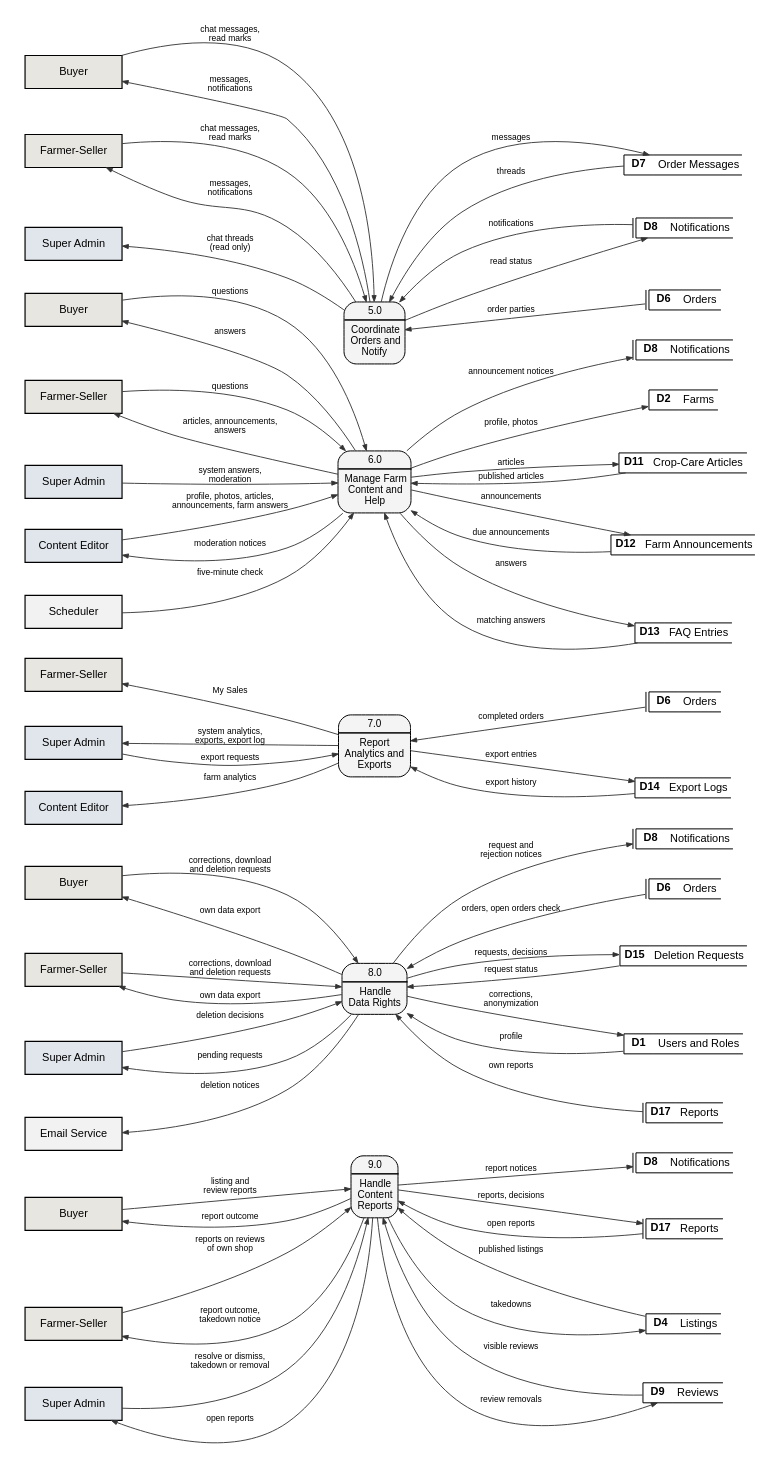
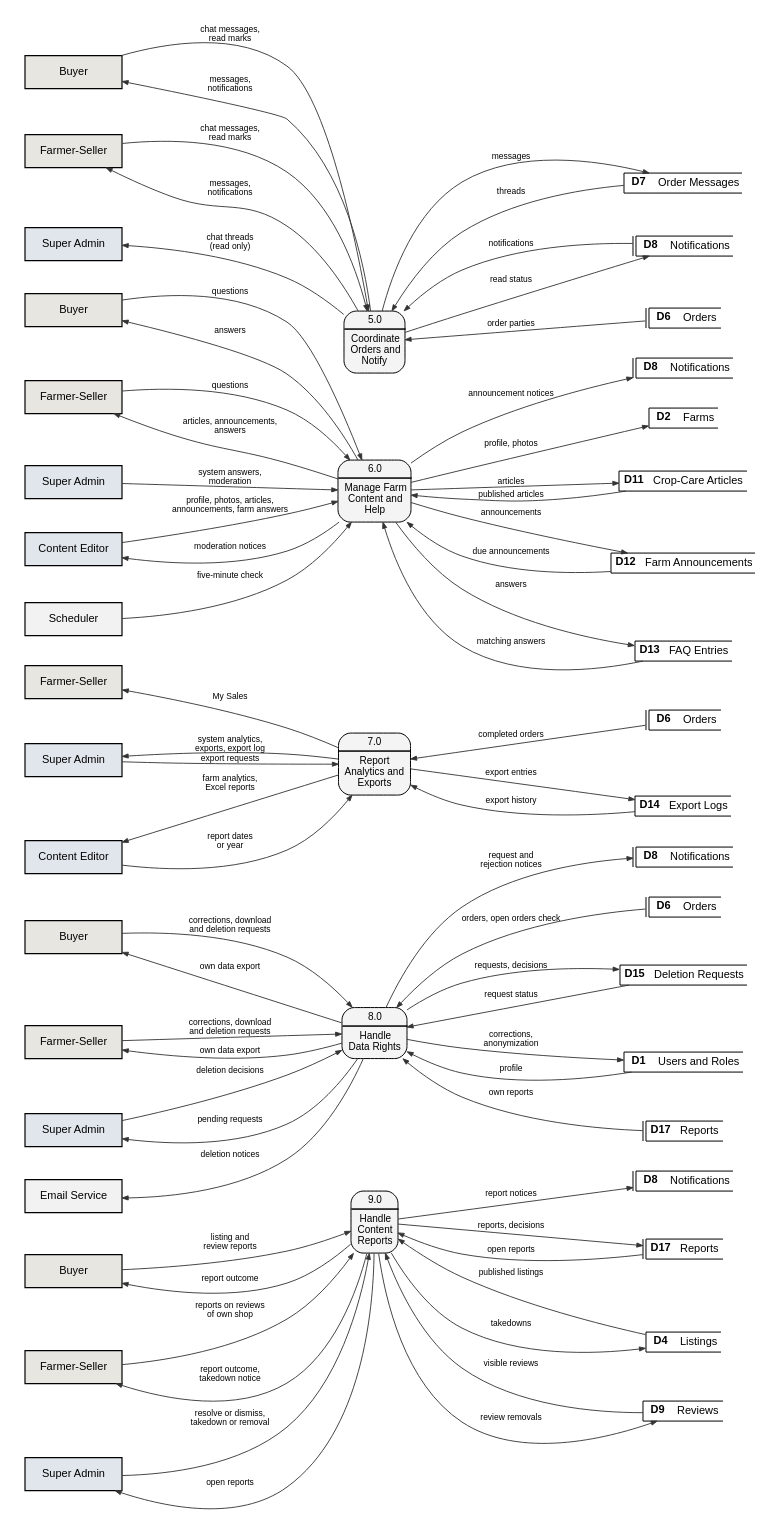
The diagram in docs/manuscript/figures/src/fig6_1b_dfd_level1.dot (shawncastaneda11-commits/anihow-backend), drawn with Graphviz before and after one commit. The commit also changed 16 other files, not shown here.

First line of the commit message:
Show the Content Editor's Excel reports in the manuscript figures

```diff
--- a/docs/manuscript/figures/src/fig6_1b_dfd_level1.dot
+++ b/docs/manuscript/figures/src/fig6_1b_dfd_level1.dot
@@ -1,115 +1,116 @@
 // Data flow diagram, level 1 (processes 5.0 to 9.0).
 digraph G {
   graph [rankdir=LR, nodesep=0.42, ranksep=1.4, pad=0.25, fontname="Liberation Sans", newrank=true, splines=spline, concentrate=false];
   node  [fontname="Liberation Sans", fontsize=11];
   edge  [penwidth=0.9, arrowsize=0.6, color="#333333", fontname="Liberation Sans", fontsize=8.5];
   p5 [shape=plaintext, margin=0, width=0, height=0, label=<<TABLE STYLE="ROUNDED" BORDER="1" CELLBORDER="0" CELLSPACING="0" CELLPADDING="3" BGCOLOR="#F4F4F4"><TR><TD><FONT POINT-SIZE="10.5">5.0</FONT></TD></TR><HR/><TR><TD CELLPADDING="5"><FONT POINT-SIZE="10.5">Coordinate<BR/>Orders and<BR/>Notify</FONT></TD></TR></TABLE>>];
   by_p5 [shape=box, style=filled, fillcolor="#E8E6E0", penwidth=1.2, width=1.35, height=0.46, label="Buyer", comment="gsdup"];
   fs_p5 [shape=box, style=filled, fillcolor="#E8E6E0", penwidth=1.2, width=1.35, height=0.46, label="Farmer-Seller", comment="gsdup"];
   sa_p5 [shape=box, style=filled, fillcolor="#E1E6ED", penwidth=1.2, width=1.35, height=0.46, label="Super Admin", comment="gsdup"];
   D7_p5 [shape=plaintext, margin=0, width=0, height=0, label=<<TABLE BORDER="0" CELLBORDER="1" CELLSPACING="0" CELLPADDING="3"><TR><TD SIDES="TBL" WIDTH="30"><B>D7</B></TD><TD SIDES="TB" ALIGN="LEFT">Order Messages</TD></TR></TABLE>>];
   D8_p5 [shape=plaintext, margin=0, width=0, height=0, label=<<TABLE BORDER="0" CELLBORDER="1" CELLSPACING="0" CELLPADDING="3"><TR><TD SIDES="L" WIDTH="3" CELLPADDING="0"></TD><TD SIDES="TBL" WIDTH="30"><B>D8</B></TD><TD SIDES="TB" ALIGN="LEFT">Notifications</TD></TR></TABLE>>];
   D6_p5 [shape=plaintext, margin=0, width=0, height=0, label=<<TABLE BORDER="0" CELLBORDER="1" CELLSPACING="0" CELLPADDING="3"><TR><TD SIDES="L" WIDTH="3" CELLPADDING="0"></TD><TD SIDES="TBL" WIDTH="30"><B>D6</B></TD><TD SIDES="TB" ALIGN="LEFT">Orders</TD></TR></TABLE>>];
   p6 [shape=plaintext, margin=0, width=0, height=0, label=<<TABLE STYLE="ROUNDED" BORDER="1" CELLBORDER="0" CELLSPACING="0" CELLPADDING="3" BGCOLOR="#F4F4F4"><TR><TD><FONT POINT-SIZE="10.5">6.0</FONT></TD></TR><HR/><TR><TD CELLPADDING="5"><FONT POINT-SIZE="10.5">Manage Farm<BR/>Content and<BR/>Help</FONT></TD></TR></TABLE>>];
   by_p6 [shape=box, style=filled, fillcolor="#E8E6E0", penwidth=1.2, width=1.35, height=0.46, label="Buyer", comment="gsdup"];
   fs_p6 [shape=box, style=filled, fillcolor="#E8E6E0", penwidth=1.2, width=1.35, height=0.46, label="Farmer-Seller", comment="gsdup"];
   sa_p6 [shape=box, style=filled, fillcolor="#E1E6ED", penwidth=1.2, width=1.35, height=0.46, label="Super Admin", comment="gsdup"];
   D8_p6 [shape=plaintext, margin=0, width=0, height=0, label=<<TABLE BORDER="0" CELLBORDER="1" CELLSPACING="0" CELLPADDING="3"><TR><TD SIDES="L" WIDTH="3" CELLPADDING="0"></TD><TD SIDES="TBL" WIDTH="30"><B>D8</B></TD><TD SIDES="TB" ALIGN="LEFT">Notifications</TD></TR></TABLE>>];
   ce_p6 [shape=box, style=filled, fillcolor="#E1E6ED", penwidth=1.2, width=1.35, height=0.46, label="Content Editor", comment="gsdup"];
   sch_p6 [shape=box, style=filled, fillcolor="#F2F2F2", penwidth=1.2, width=1.35, height=0.46, label="Scheduler"];
   D2_p6 [shape=plaintext, margin=0, width=0, height=0, label=<<TABLE BORDER="0" CELLBORDER="1" CELLSPACING="0" CELLPADDING="3"><TR><TD SIDES="TBL" WIDTH="30"><B>D2</B></TD><TD SIDES="TB" ALIGN="LEFT">Farms</TD></TR></TABLE>>];
   D11_p6 [shape=plaintext, margin=0, width=0, height=0, label=<<TABLE BORDER="0" CELLBORDER="1" CELLSPACING="0" CELLPADDING="3"><TR><TD SIDES="TBL" WIDTH="30"><B>D11</B></TD><TD SIDES="TB" ALIGN="LEFT">Crop-Care Articles</TD></TR></TABLE>>];
   D12_p6 [shape=plaintext, margin=0, width=0, height=0, label=<<TABLE BORDER="0" CELLBORDER="1" CELLSPACING="0" CELLPADDING="3"><TR><TD SIDES="TBL" WIDTH="30"><B>D12</B></TD><TD SIDES="TB" ALIGN="LEFT">Farm Announcements</TD></TR></TABLE>>];
   D13_p6 [shape=plaintext, margin=0, width=0, height=0, label=<<TABLE BORDER="0" CELLBORDER="1" CELLSPACING="0" CELLPADDING="3"><TR><TD SIDES="TBL" WIDTH="30"><B>D13</B></TD><TD SIDES="TB" ALIGN="LEFT">FAQ Entries</TD></TR></TABLE>>];
   p7 [shape=plaintext, margin=0, width=0, height=0, label=<<TABLE STYLE="ROUNDED" BORDER="1" CELLBORDER="0" CELLSPACING="0" CELLPADDING="3" BGCOLOR="#F4F4F4"><TR><TD><FONT POINT-SIZE="10.5">7.0</FONT></TD></TR><HR/><TR><TD CELLPADDING="5"><FONT POINT-SIZE="10.5">Report<BR/>Analytics and<BR/>Exports</FONT></TD></TR></TABLE>>];
   fs_p7 [shape=box, style=filled, fillcolor="#E8E6E0", penwidth=1.2, width=1.35, height=0.46, label="Farmer-Seller", comment="gsdup"];
   sa_p7 [shape=box, style=filled, fillcolor="#E1E6ED", penwidth=1.2, width=1.35, height=0.46, label="Super Admin", comment="gsdup"];
   D6_p7 [shape=plaintext, margin=0, width=0, height=0, label=<<TABLE BORDER="0" CELLBORDER="1" CELLSPACING="0" CELLPADDING="3"><TR><TD SIDES="L" WIDTH="3" CELLPADDING="0"></TD><TD SIDES="TBL" WIDTH="30"><B>D6</B></TD><TD SIDES="TB" ALIGN="LEFT">Orders</TD></TR></TABLE>>];
   ce_p7 [shape=box, style=filled, fillcolor="#E1E6ED", penwidth=1.2, width=1.35, height=0.46, label="Content Editor", comment="gsdup"];
   D14_p7 [shape=plaintext, margin=0, width=0, height=0, label=<<TABLE BORDER="0" CELLBORDER="1" CELLSPACING="0" CELLPADDING="3"><TR><TD SIDES="TBL" WIDTH="30"><B>D14</B></TD><TD SIDES="TB" ALIGN="LEFT">Export Logs</TD></TR></TABLE>>];
   p8 [shape=plaintext, margin=0, width=0, height=0, label=<<TABLE STYLE="ROUNDED" BORDER="1" CELLBORDER="0" CELLSPACING="0" CELLPADDING="3" BGCOLOR="#F4F4F4"><TR><TD><FONT POINT-SIZE="10.5">8.0</FONT></TD></TR><HR/><TR><TD CELLPADDING="5"><FONT POINT-SIZE="10.5">Handle<BR/>Data Rights</FONT></TD></TR></TABLE>>];
   by_p8 [shape=box, style=filled, fillcolor="#E8E6E0", penwidth=1.2, width=1.35, height=0.46, label="Buyer", comment="gsdup"];
   fs_p8 [shape=box, style=filled, fillcolor="#E8E6E0", penwidth=1.2, width=1.35, height=0.46, label="Farmer-Seller", comment="gsdup"];
   sa_p8 [shape=box, style=filled, fillcolor="#E1E6ED", penwidth=1.2, width=1.35, height=0.46, label="Super Admin", comment="gsdup"];
   D8_p8 [shape=plaintext, margin=0, width=0, height=0, label=<<TABLE BORDER="0" CELLBORDER="1" CELLSPACING="0" CELLPADDING="3"><TR><TD SIDES="L" WIDTH="3" CELLPADDING="0"></TD><TD SIDES="TBL" WIDTH="30"><B>D8</B></TD><TD SIDES="TB" ALIGN="LEFT">Notifications</TD></TR></TABLE>>];
   D6_p8 [shape=plaintext, margin=0, width=0, height=0, label=<<TABLE BORDER="0" CELLBORDER="1" CELLSPACING="0" CELLPADDING="3"><TR><TD SIDES="L" WIDTH="3" CELLPADDING="0"></TD><TD SIDES="TBL" WIDTH="30"><B>D6</B></TD><TD SIDES="TB" ALIGN="LEFT">Orders</TD></TR></TABLE>>];
   D15_p8 [shape=plaintext, margin=0, width=0, height=0, label=<<TABLE BORDER="0" CELLBORDER="1" CELLSPACING="0" CELLPADDING="3"><TR><TD SIDES="TBL" WIDTH="30"><B>D15</B></TD><TD SIDES="TB" ALIGN="LEFT">Deletion Requests</TD></TR></TABLE>>];
   D1_p8 [shape=plaintext, margin=0, width=0, height=0, label=<<TABLE BORDER="0" CELLBORDER="1" CELLSPACING="0" CELLPADDING="3"><TR><TD SIDES="TBL" WIDTH="30"><B>D1</B></TD><TD SIDES="TB" ALIGN="LEFT">Users and Roles</TD></TR></TABLE>>];
   D17_p8 [shape=plaintext, margin=0, width=0, height=0, label=<<TABLE BORDER="0" CELLBORDER="1" CELLSPACING="0" CELLPADDING="3"><TR><TD SIDES="L" WIDTH="3" CELLPADDING="0"></TD><TD SIDES="TBL" WIDTH="30"><B>D17</B></TD><TD SIDES="TB" ALIGN="LEFT">Reports</TD></TR></TABLE>>];
   em_p8 [shape=box, style=filled, fillcolor="#F2F2F2", penwidth=1.2, width=1.35, height=0.46, label="Email Service"];
   p9 [shape=plaintext, margin=0, width=0, height=0, label=<<TABLE STYLE="ROUNDED" BORDER="1" CELLBORDER="0" CELLSPACING="0" CELLPADDING="3" BGCOLOR="#F4F4F4"><TR><TD><FONT POINT-SIZE="10.5">9.0</FONT></TD></TR><HR/><TR><TD CELLPADDING="5"><FONT POINT-SIZE="10.5">Handle<BR/>Content<BR/>Reports</FONT></TD></TR></TABLE>>];
   by_p9 [shape=box, style=filled, fillcolor="#E8E6E0", penwidth=1.2, width=1.35, height=0.46, label="Buyer", comment="gsdup"];
   fs_p9 [shape=box, style=filled, fillcolor="#E8E6E0", penwidth=1.2, width=1.35, height=0.46, label="Farmer-Seller", comment="gsdup"];
   sa_p9 [shape=box, style=filled, fillcolor="#E1E6ED", penwidth=1.2, width=1.35, height=0.46, label="Super Admin", comment="gsdup"];
   D8_p9 [shape=plaintext, margin=0, width=0, height=0, label=<<TABLE BORDER="0" CELLBORDER="1" CELLSPACING="0" CELLPADDING="3"><TR><TD SIDES="L" WIDTH="3" CELLPADDING="0"></TD><TD SIDES="TBL" WIDTH="30"><B>D8</B></TD><TD SIDES="TB" ALIGN="LEFT">Notifications</TD></TR></TABLE>>];
   D17_p9 [shape=plaintext, margin=0, width=0, height=0, label=<<TABLE BORDER="0" CELLBORDER="1" CELLSPACING="0" CELLPADDING="3"><TR><TD SIDES="L" WIDTH="3" CELLPADDING="0"></TD><TD SIDES="TBL" WIDTH="30"><B>D17</B></TD><TD SIDES="TB" ALIGN="LEFT">Reports</TD></TR></TABLE>>];
   D4_p9 [shape=plaintext, margin=0, width=0, height=0, label=<<TABLE BORDER="0" CELLBORDER="1" CELLSPACING="0" CELLPADDING="3"><TR><TD SIDES="TBL" WIDTH="30"><B>D4</B></TD><TD SIDES="TB" ALIGN="LEFT">Listings</TD></TR></TABLE>>];
   D9_p9 [shape=plaintext, margin=0, width=0, height=0, label=<<TABLE BORDER="0" CELLBORDER="1" CELLSPACING="0" CELLPADDING="3"><TR><TD SIDES="TBL" WIDTH="30"><B>D9</B></TD><TD SIDES="TB" ALIGN="LEFT">Reviews</TD></TR></TABLE>>];
   by_p5 -> p5 [label="chat messages,\nread marks"];
   fs_p5 -> p5 [label="chat messages,\nread marks"];
   by_p5 -> p5 [label="messages,\nnotifications", dir=back];
   fs_p5 -> p5 [label="messages,\nnotifications", dir=back];
   sa_p5 -> p5 [label="chat threads\n(read only)", dir=back];
   p5 -> D7_p5 [label="messages"];
   p5 -> D7_p5 [label="threads", dir=back];
   p5 -> D8_p5 [label="notifications", dir=back];
   p5 -> D8_p5 [label="read status"];
   p5 -> D6_p5 [label="order parties", dir=back];
   ce_p6 -> p6 [label="profile, photos, articles,\nannouncements, farm answers"];
   sa_p6 -> p6 [label="system answers,\nmoderation"];
   fs_p6 -> p6 [label="questions"];
   by_p6 -> p6 [label="questions"];
   fs_p6 -> p6 [label="articles, announcements,\nanswers", dir=back];
   by_p6 -> p6 [label="answers", dir=back];
   ce_p6 -> p6 [label="moderation notices", dir=back];
   sch_p6 -> p6 [label="five-minute check"];
   p6 -> D2_p6 [label="profile, photos"];
   p6 -> D11_p6 [label="articles"];
   p6 -> D11_p6 [label="published articles", dir=back];
   p6 -> D12_p6 [label="announcements"];
   p6 -> D12_p6 [label="due announcements", dir=back];
   p6 -> D13_p6 [label="answers"];
   p6 -> D13_p6 [label="matching answers", dir=back];
   p6 -> D8_p6 [label="announcement notices"];
   p7 -> D6_p7 [label="completed orders", dir=back];
   sa_p7 -> p7 [label="system analytics,\nexports, export log", dir=back];
-  ce_p7 -> p7 [label="farm analytics", dir=back];
+  ce_p7 -> p7 [label="farm analytics,\nExcel reports", dir=back];
+  ce_p7 -> p7 [label="report dates\nor year"];
   fs_p7 -> p7 [label="My Sales", dir=back];
   sa_p7 -> p7 [label="export requests"];
   p7 -> D14_p7 [label="export entries"];
   p7 -> D14_p7 [label="export history", dir=back];
   by_p8 -> p8 [label="corrections, download\nand deletion requests"];
   fs_p8 -> p8 [label="corrections, download\nand deletion requests"];
   sa_p8 -> p8 [label="deletion decisions"];
   sa_p8 -> p8 [label="pending requests", dir=back];
   by_p8 -> p8 [label="own data export", dir=back];
   fs_p8 -> p8 [label="own data export", dir=back];
   p8 -> D15_p8 [label="requests, decisions"];
   p8 -> D15_p8 [label="request status", dir=back];
   p8 -> D1_p8 [label="corrections,\nanonymization"];
   p8 -> D1_p8 [label="profile", dir=back];
   p8 -> D6_p8 [label="orders, open orders check", dir=back];
   p8 -> D17_p8 [label="own reports", dir=back];
   p8 -> D8_p8 [label="request and\nrejection notices"];
   em_p8 -> p8 [label="deletion notices", dir=back];
   by_p9 -> p9 [label="listing and\nreview reports"];
   fs_p9 -> p9 [label="reports on reviews\nof own shop"];
   sa_p9 -> p9 [label="resolve or dismiss,\ntakedown or removal"];
   sa_p9 -> p9 [label="open reports", dir=back];
   by_p9 -> p9 [label="report outcome", dir=back];
   fs_p9 -> p9 [label="report outcome,\ntakedown notice", dir=back];
   p9 -> D4_p9 [label="published listings", dir=back];
   p9 -> D9_p9 [label="visible reviews", dir=back];
   p9 -> D17_p9 [label="reports, decisions"];
   p9 -> D17_p9 [label="open reports", dir=back];
   p9 -> D4_p9 [label="takedowns"];
   p9 -> D9_p9 [label="review removals"];
   p9 -> D8_p9 [label="report notices"];
   {rank=same; by_p5; fs_p5; sa_p5; ce_p6; sa_p6; fs_p6; by_p6; sch_p6; sa_p7; ce_p7; fs_p7; by_p8; fs_p8; sa_p8; em_p8; by_p9; fs_p9; sa_p9}
   {rank=same; D7_p5; D8_p5; D6_p5; D2_p6; D11_p6; D12_p6; D13_p6; D8_p6; D6_p7; D14_p7; D15_p8; D1_p8; D6_p8; D17_p8; D8_p8; D4_p9; D9_p9; D17_p9; D8_p9}
   {rank=same; p5; p6; p7; p8; p9}
   p5 -> p6 [style=invis, weight=10];
   p6 -> p7 [style=invis, weight=10];
   p7 -> p8 [style=invis, weight=10];
   p8 -> p9 [style=invis, weight=10];
 }
```
